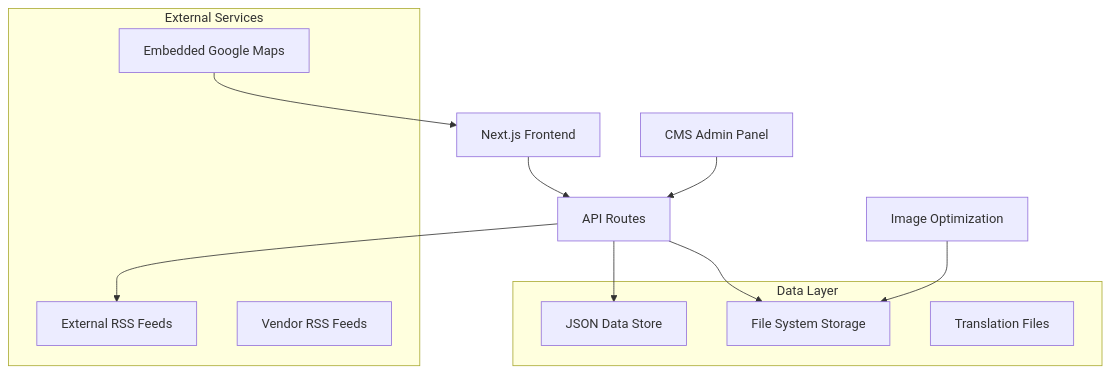
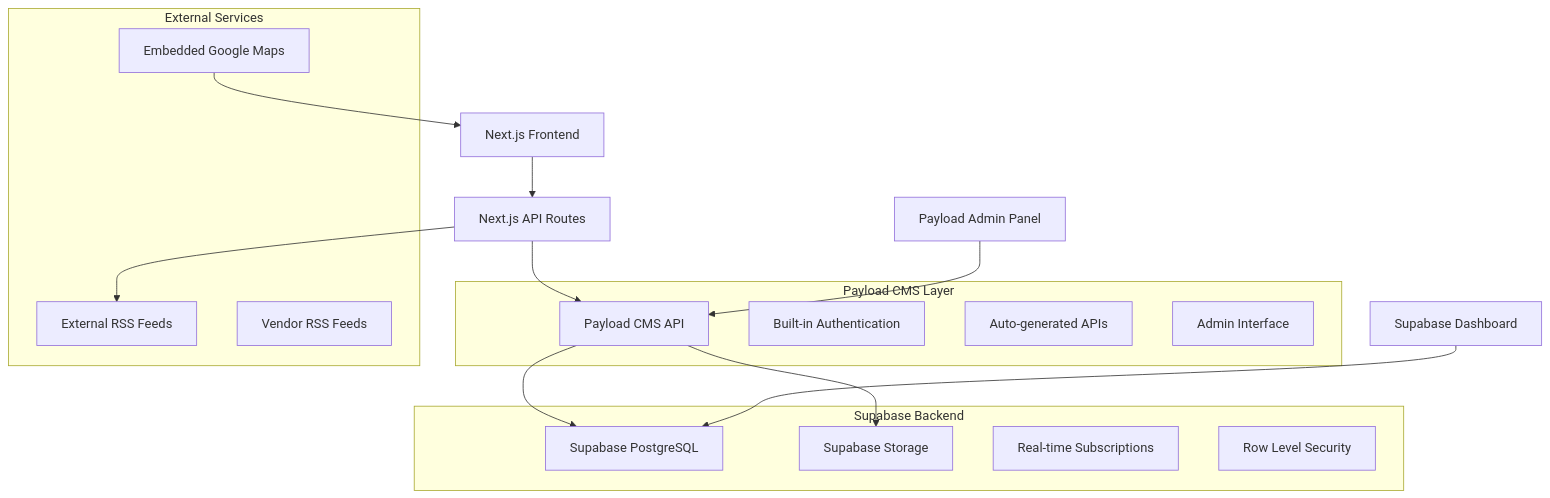
Before and after one commit to Crepuscul0/cecom-website: the diagram in .kiro/specs/professional-website-upgrade/design.md, drawn with Mermaid. The commit also changed other lines of this file and 60 other files, not shown here.

````diff
--- a/.kiro/specs/professional-website-upgrade/design.md
+++ b/.kiro/specs/professional-website-upgrade/design.md
@@ -13,23 +13,32 @@
 ```mermaid
 graph TB
-    A[Next.js Frontend] --> B[API Routes]
-    B --> C[JSON Data Store]
-    B --> D[File System Storage]
-    B --> E[External RSS Feeds]
+    A[Next.js Frontend] --> B[Next.js API Routes]
+    B --> C[Payload CMS API]
+    C --> D[Supabase PostgreSQL]
+    C --> E[Supabase Storage]
+    B --> F[External RSS Feeds]
     
-    F[CMS Admin Panel] --> B
-    G[Embedded Google Maps] --> A
-    H[Image Optimization] --> D
+    G[Payload Admin Panel] --> C
+    H[Embedded Google Maps] --> A
+    I[Supabase Dashboard] --> D
     
-    subgraph "Data Layer"
+    subgraph "Payload CMS Layer"
         C
+        J[Built-in Authentication]
+        K[Auto-generated APIs]
+        L[Admin Interface]
+    end
+    
+    subgraph "Supabase Backend"
         D
-        I[Translation Files]
+        E
+        M[Real-time Subscriptions]
+        N[Row Level Security]
     end
     
     subgraph "External Services"
-        E
-        G
-        J[Vendor RSS Feeds]
+        F
+        H
+        O[Vendor RSS Feeds]
     end
 ```
````
